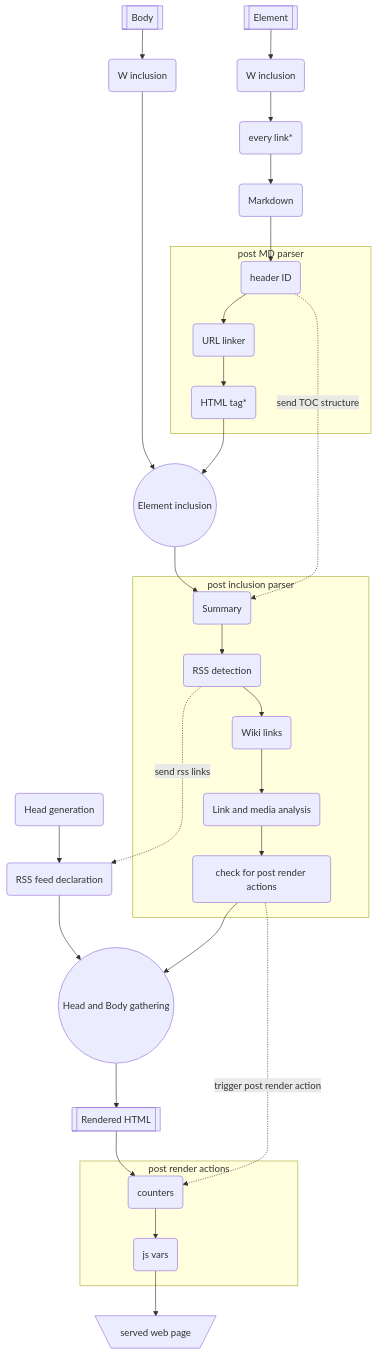
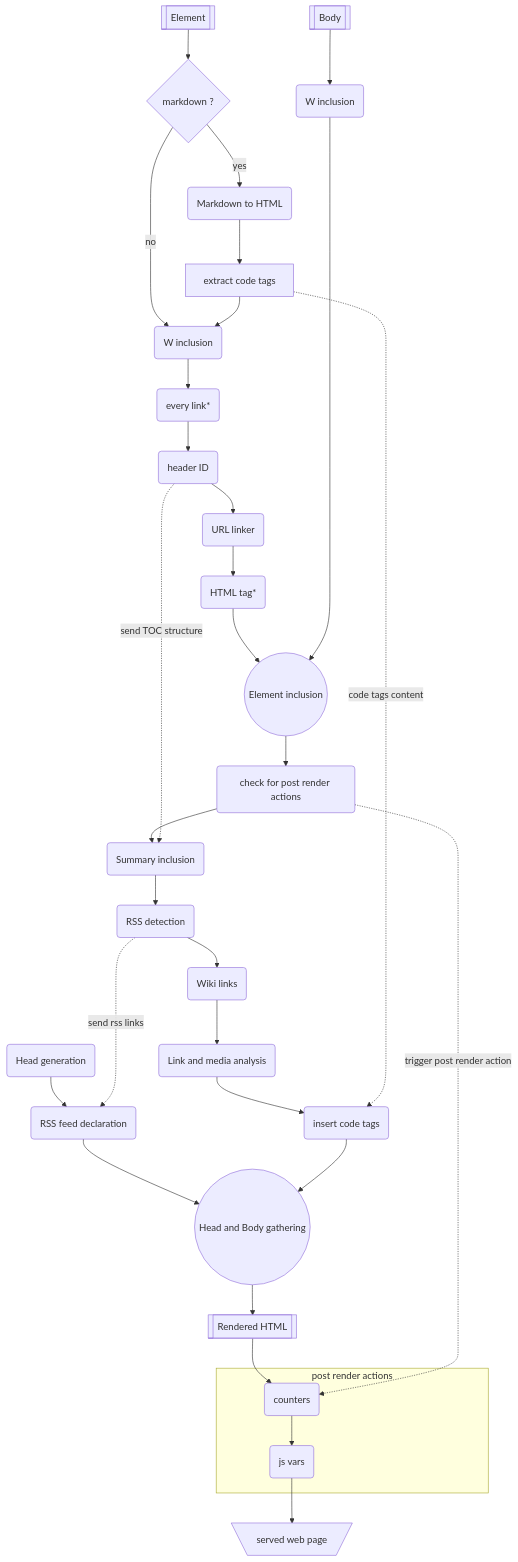
The diagram in RENDER.md (vincent-peugnet/wcms), drawn with Mermaid before and after one commit. The commit also changed other lines of this file and 2 other files, not shown here.

Commit message:
WIP try to escape <code> in render see #232

````diff
--- a/RENDER.md
+++ b/RENDER.md
@@ -7,41 +7,41 @@
 ```mermaid
 flowchart TD
 
     0A(Head generation) -->
     0rss(RSS feed declaration) --> 3B
 
+    1A[[Element]] -->
+    md?{markdown ?} -->|no| wi
+    md? --> |yes| md(Markdown to HTML) -->
+    ec[extract code tags] -->
+    wi(W inclusion) -->
+    el(every link*) -->
+    hi(header ID) -->
+    1F(URL linker) -->
+    1G(HTML tag*) --> 2C
+
     2A[[Body]] -->
-    2B(W inclusion)  ------->
-    2C((Element inclusion)) --> 2D
-    subgraph "post inclusion parser"
-        2D(Summary) -->
-        2rss(RSS detection) -->
-        2H(Wiki links) -->
-        2I(Link and media analysis) -->
-        2pp(check for post render actions)
-    end
-    2pp -->
+    2B(W inclusion)  --------->
+    2C((Element inclusion)) -->
+    2pp(check for post render actions) -->
+    2D(Summary inclusion) -->
+    2rss(RSS detection) -->
+    2H(Wiki links) -->
+    lma(Link and media analysis) -->
+    ic(insert code tags) -->
     3B((Head and Body gathering)) -->
     3C[[Rendered HTML]] --> 4c
     subgraph "post render actions"
         4c(counters) -->
         4j(js vars)
     end
     4j --> 5[\served web page/]
 
 
-    1A[[Element]] -->
-    1B(W inclusion) -->
-    1C(every link*) -->
-    1D(Markdown) --> 1E
-    subgraph "post MD parser"
-        1E(header ID) -->
-        1F(URL linker) -->
-        1G(HTML tag*)
-    end
-    1G --> 2C
 
-    1E -. "send TOC structure" .-> 2D
+
+    ec -. code tags content .-> ic
+    hi -. "send TOC structure" .-> 2D
     2rss -. "send rss links" .-> 0rss
     2pp -. trigger post render action .-> 4c
 ```
````
